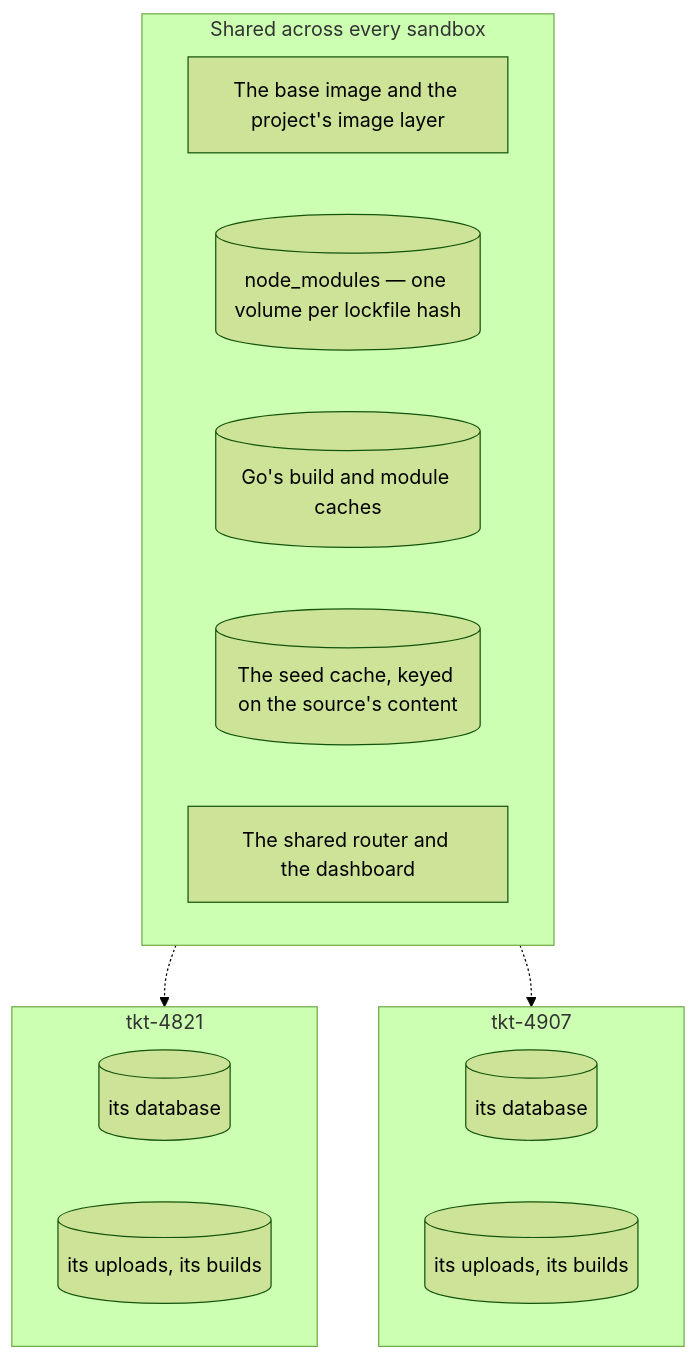
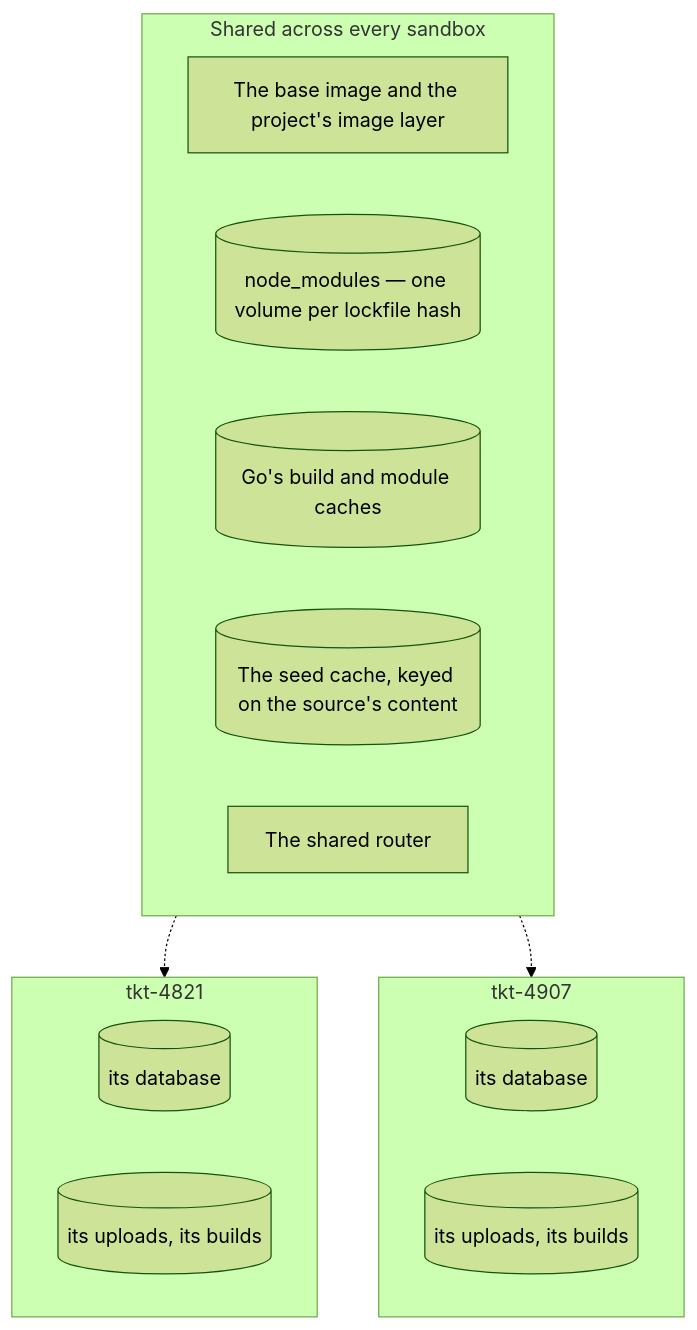
The diagram in docs/getting-started/every-worktree.md (mattmoran56/sandboxer-core), drawn with Mermaid (forest theme) before and after one commit. The commit also changed other lines of this file and 12 other files, not shown here.

````diff
--- a/docs/getting-started/every-worktree.md
+++ b/docs/getting-started/every-worktree.md
@@ -71,20 +71,20 @@
 ```mermaid
 flowchart TB
   subgraph shared["Shared across every sandbox"]
     img["The base image and the project's image layer"]
     dep[("node_modules — one volume per lockfile hash")]
     go[("Go's build and module caches")]
     seed[("The seed cache, keyed on the source's content")]
-    rt["The shared router and the dashboard"]
+    rt["The shared router"]
   end
   subgraph s1["tkt-4821"]
     d1[("its database")]
     b1[("its uploads, its builds")]
   end
   subgraph s2["tkt-4907"]
     d2[("its database")]
     b2[("its uploads, its builds")]
   end
   shared -.-> s1
   shared -.-> s2
 ```
````
